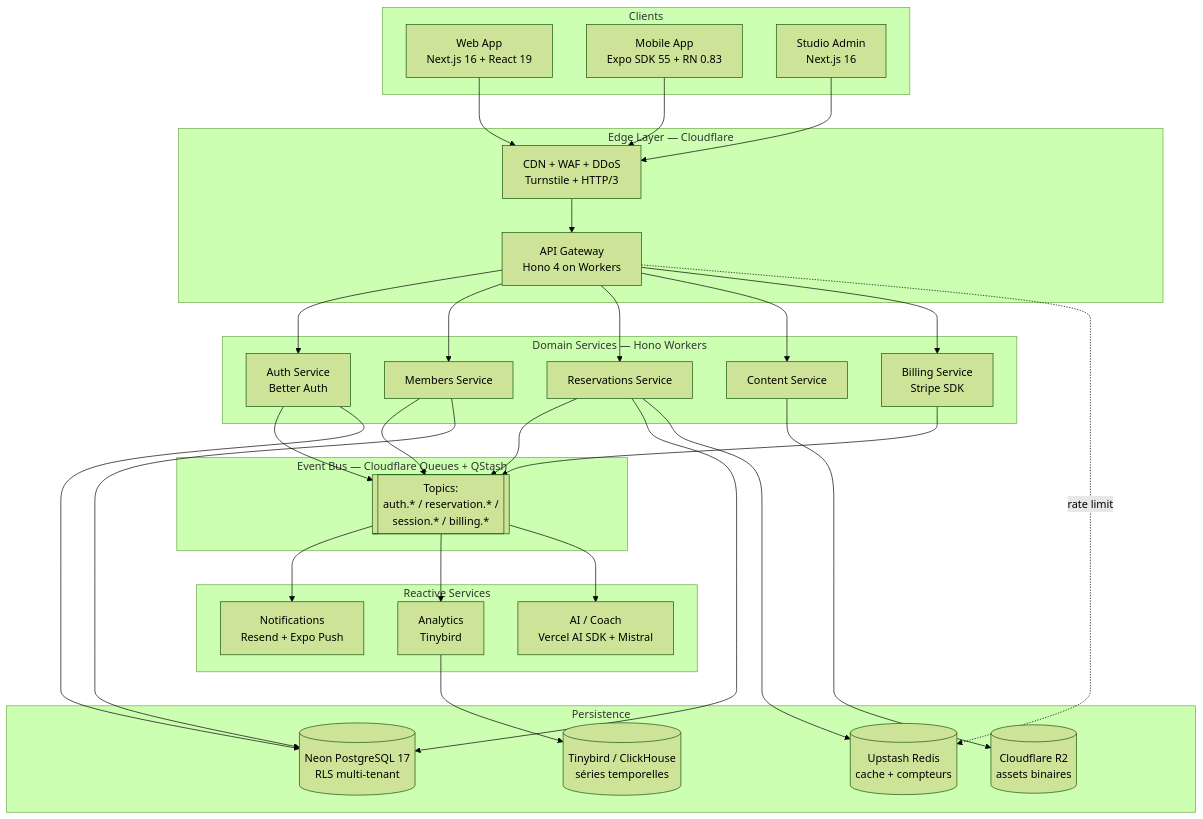
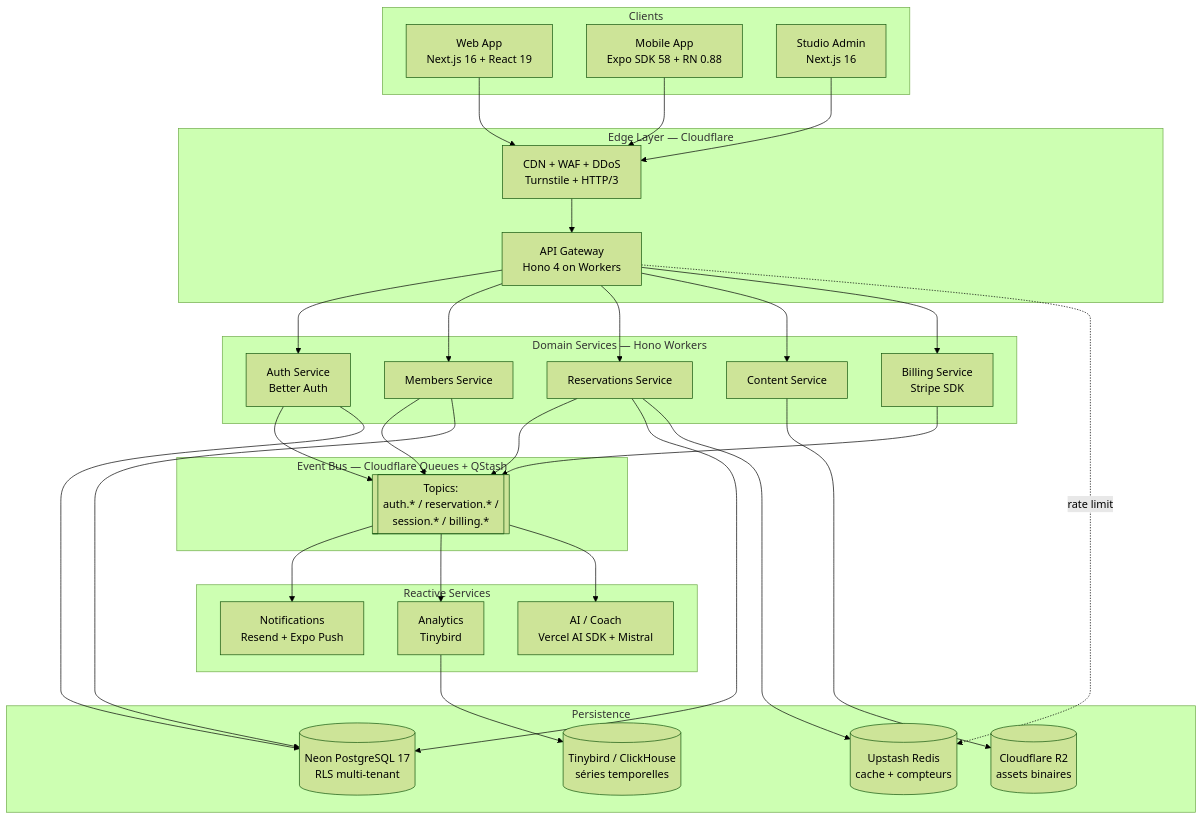
Before and after one commit to GlamgarOnDiscord/athlya: the first of 5 diagrams in .kiro/specs/athlya-platform/design.md, drawn with Mermaid (forest theme). The commit also changed other lines of this file and 36 other files, not shown here.

````diff
--- a/.kiro/specs/athlya-platform/design.md
+++ b/.kiro/specs/athlya-platform/design.md
@@ -15,65 +15,65 @@
 ```mermaid
 graph TD
     subgraph Clients
         Web["Web App<br/>Next.js 16 + React 19"]
-        Mobile["Mobile App<br/>Expo SDK 55 + RN 0.83"]
+        Mobile["Mobile App<br/>Expo SDK 58 + RN 0.88"]
         Studio["Studio Admin<br/>Next.js 16"]
     end
 
     subgraph EdgeLayer["Edge Layer — Cloudflare"]
         CDN["CDN + WAF + DDoS<br/>Turnstile + HTTP/3"]
         Gateway["API Gateway<br/>Hono 4 on Workers"]
     end
 
     subgraph Services["Domain Services — Hono Workers"]
         Auth["Auth Service<br/>Better Auth"]
         Members["Members Service"]
         Reservations["Reservations Service"]
         Content["Content Service"]
         Billing["Billing Service<br/>Stripe SDK"]
     end
 
     subgraph EventBus["Event Bus — Cloudflare Queues + QStash"]
         Bus[["Topics:<br/>auth.* / reservation.* /<br/>session.* / billing.*"]]
     end
 
     subgraph Reactive["Reactive Services"]
         Notif["Notifications<br/>Resend + Expo Push"]
         Analytics["Analytics<br/>Tinybird"]
         AI["AI / Coach<br/>Vercel AI SDK + Mistral"]
     end
 
     subgraph Persistence
         Neon[("Neon PostgreSQL 17<br/>RLS multi-tenant")]
         Redis[("Upstash Redis<br/>cache + compteurs")]
         R2[("Cloudflare R2<br/>assets binaires")]
         Tinybird[("Tinybird / ClickHouse<br/>séries temporelles")]
     end
 
     Web --> CDN
     Mobile --> CDN
     Studio --> CDN
     CDN --> Gateway
     Gateway --> Auth
     Gateway --> Members
     Gateway --> Reservations
     Gateway --> Content
     Gateway --> Billing
 
     Auth --> Bus
     Members --> Bus
     Reservations --> Bus
     Billing --> Bus
 
     Bus --> Notif
     Bus --> Analytics
     Bus --> AI
 
     Auth --> Neon
     Members --> Neon
     Reservations --> Neon
     Reservations --> Redis
     Content --> R2
     Analytics --> Tinybird
     Gateway -.rate limit.-> Redis
 ```
````
